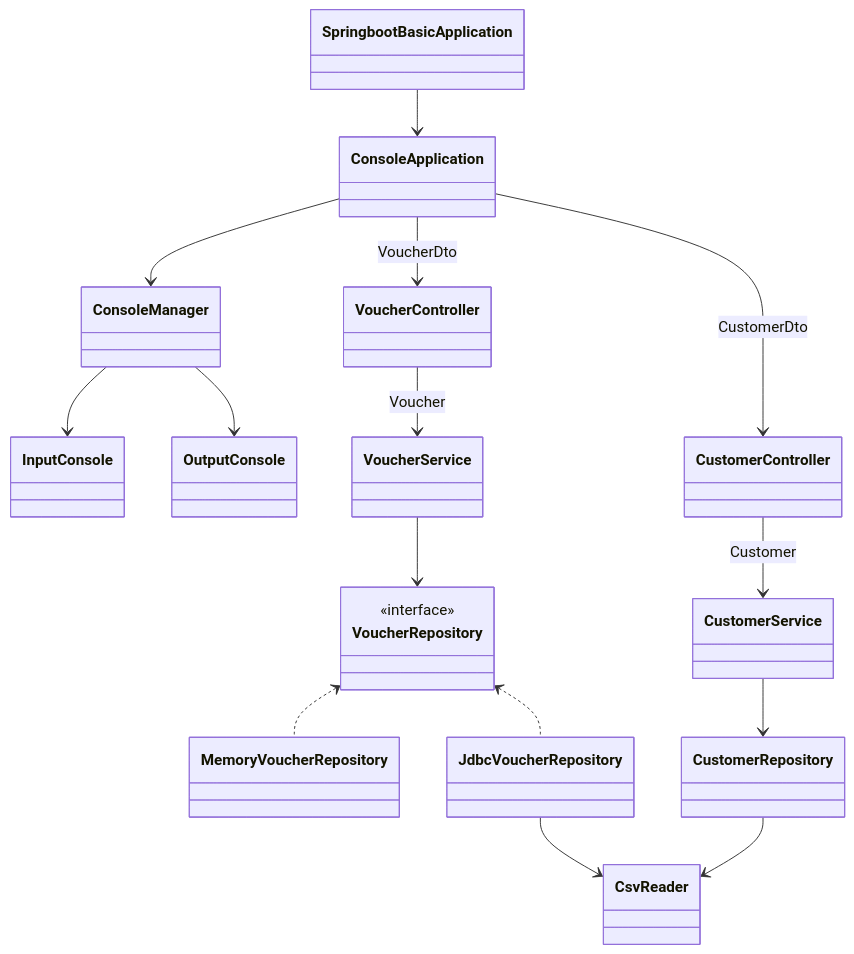
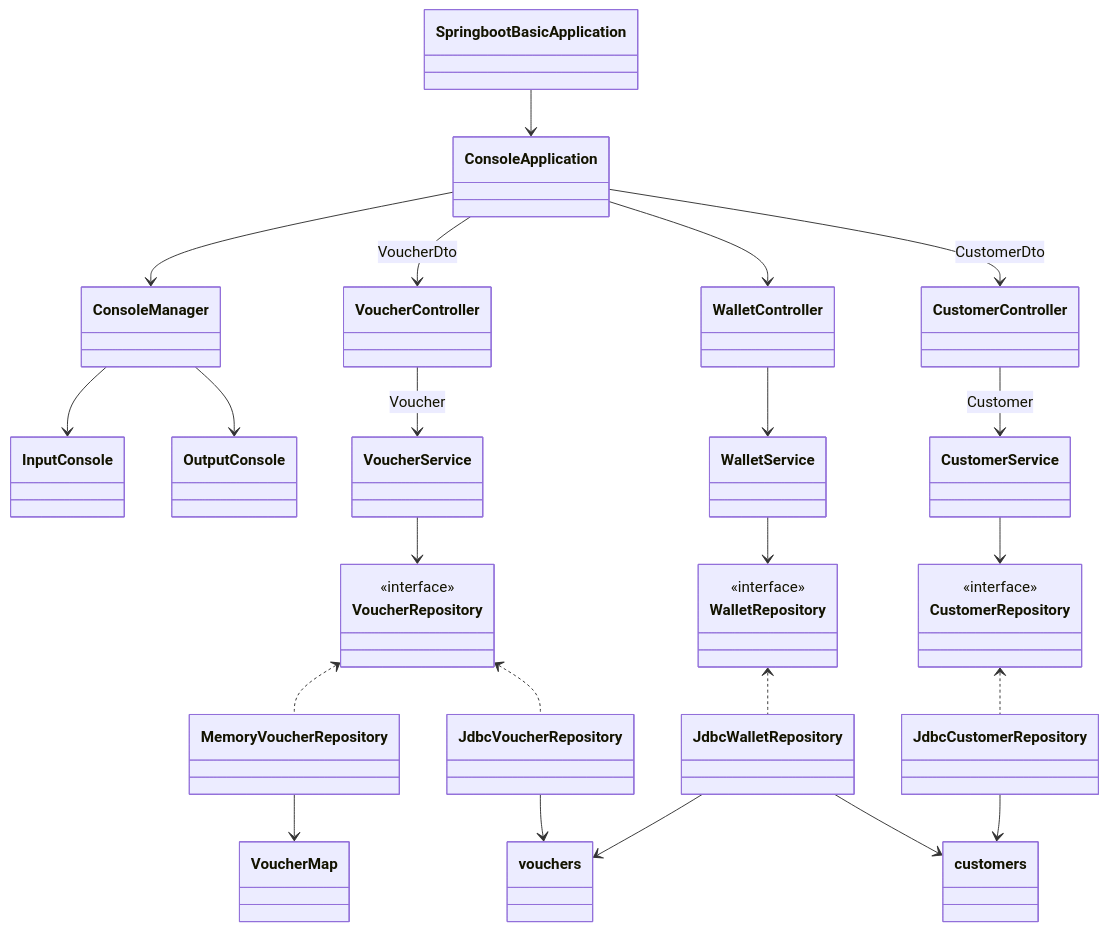
The diagram in application.mermaid (prgrms-be-devcourse/springboot-basic), drawn with Mermaid before and after one commit. The commit also changed 2 other files, not shown here.

Commit message:
docs: 흐름도, 클래스다이어그램 업데이트

```diff
--- a/application.mermaid
+++ b/application.mermaid
@@ -1,40 +1,57 @@
 classDiagram
 
     %% Controller
     class SpringbootBasicApplication
     class ConsoleApplication
     SpringbootBasicApplication --> ConsoleApplication
     ConsoleApplication --> ConsoleManager
 
     %% IO
     class ConsoleManager
     class InputConsole
     class OutputConsole
     ConsoleManager --> InputConsole
     ConsoleManager --> OutputConsole
 
+    %% Controller
     class VoucherController
     class CustomerController
+    class WalletController
     ConsoleApplication --> VoucherController : VoucherDto
     ConsoleApplication --> CustomerController : CustomerDto
+    ConsoleApplication --> WalletController
 
     %% Service
     class VoucherService
     class CustomerService
     VoucherController --> VoucherService : Voucher
     CustomerController --> CustomerService : Customer
+    WalletController --> WalletService
 
     %% Repository
     class VoucherRepository {
         <<interface>>
     }
     VoucherService --> VoucherRepository
     class MemoryVoucherRepository
+    MemoryVoucherRepository --> VoucherMap
     class JdbcVoucherRepository
-    JdbcVoucherRepository --> CsvReader
+    JdbcVoucherRepository --> vouchers
     VoucherRepository <.. MemoryVoucherRepository
     VoucherRepository <.. JdbcVoucherRepository
 
-    class CustomerRepository
-    CustomerRepository --> CsvReader
+    class WalletRepository {
+        <<interface>>
+    }
+    WalletService --> WalletRepository
+    WalletRepository <.. JdbcWalletRepository
+    JdbcWalletRepository --> vouchers
+    JdbcWalletRepository --> customers
+
+    class CustomerRepository {
+        <<interface>>
+    }
     CustomerService --> CustomerRepository
+    class JdbcCustomerRepository
+    CustomerRepository <.. JdbcCustomerRepository
+    JdbcCustomerRepository --> customers
```
